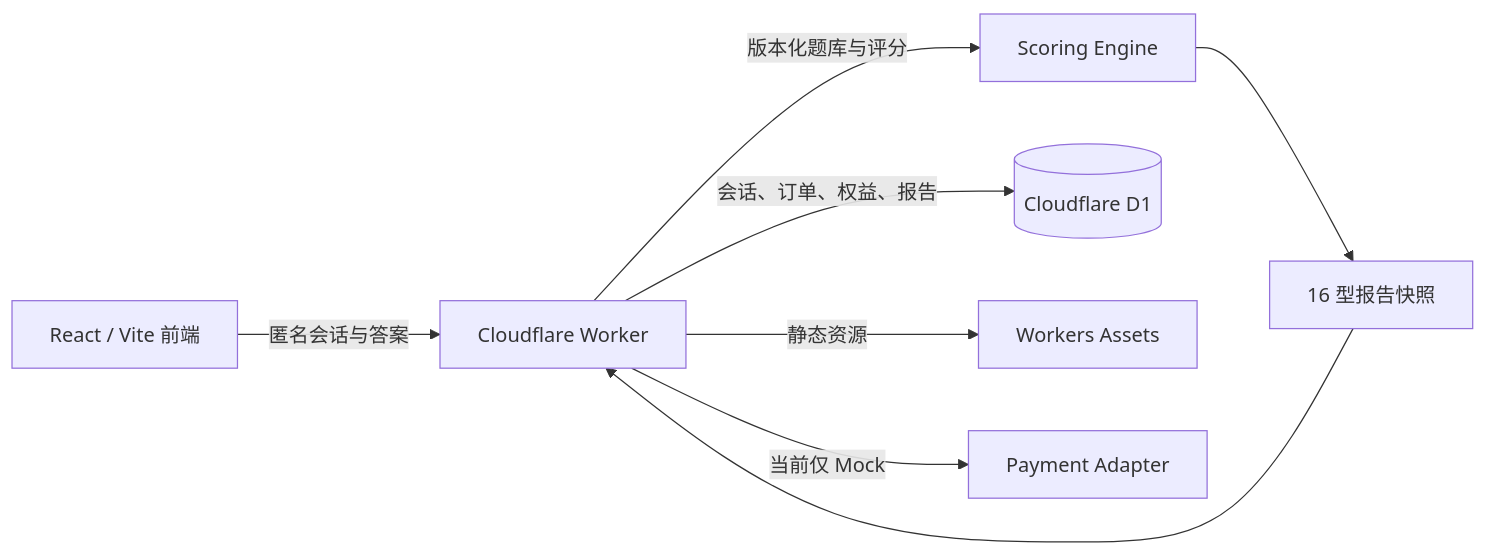
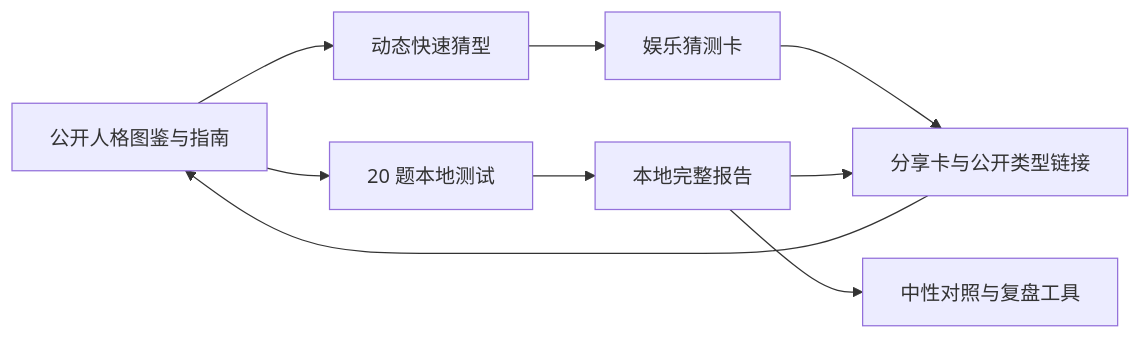
Before and after one commit to wzxsph/TT16: the diagram in README.md, drawn with Mermaid. The commit also changed other lines of this file and 199 other files, not shown here.

````diff
--- a/README.md
+++ b/README.md
@@ -83,10 +49,11 @@
 ```mermaid
 flowchart LR
-    U["React / Vite 前端"] -->|匿名会话与答案| W["Cloudflare Worker"]
-    W -->|版本化题库与评分| S["Scoring Engine"]
-    W -->|会话、订单、权益、报告| D[("Cloudflare D1")]
-    W -->|静态资源| A["Workers Assets"]
-    W -->|当前仅 Mock| P["Payment Adapter"]
-    S --> R["16 型报告快照"]
-    R --> W
+    A["公开人格图鉴与指南"] --> B["20 题本地测试"]
+    A --> F["动态快速猜型"]
+    B --> C["本地完整报告"]
+    F --> G["娱乐猜测卡"]
+    G --> D
+    C --> D["分享卡与公开类型链接"]
+    D --> A
+    C --> E["中性对照与复盘工具"]
 ```
````
